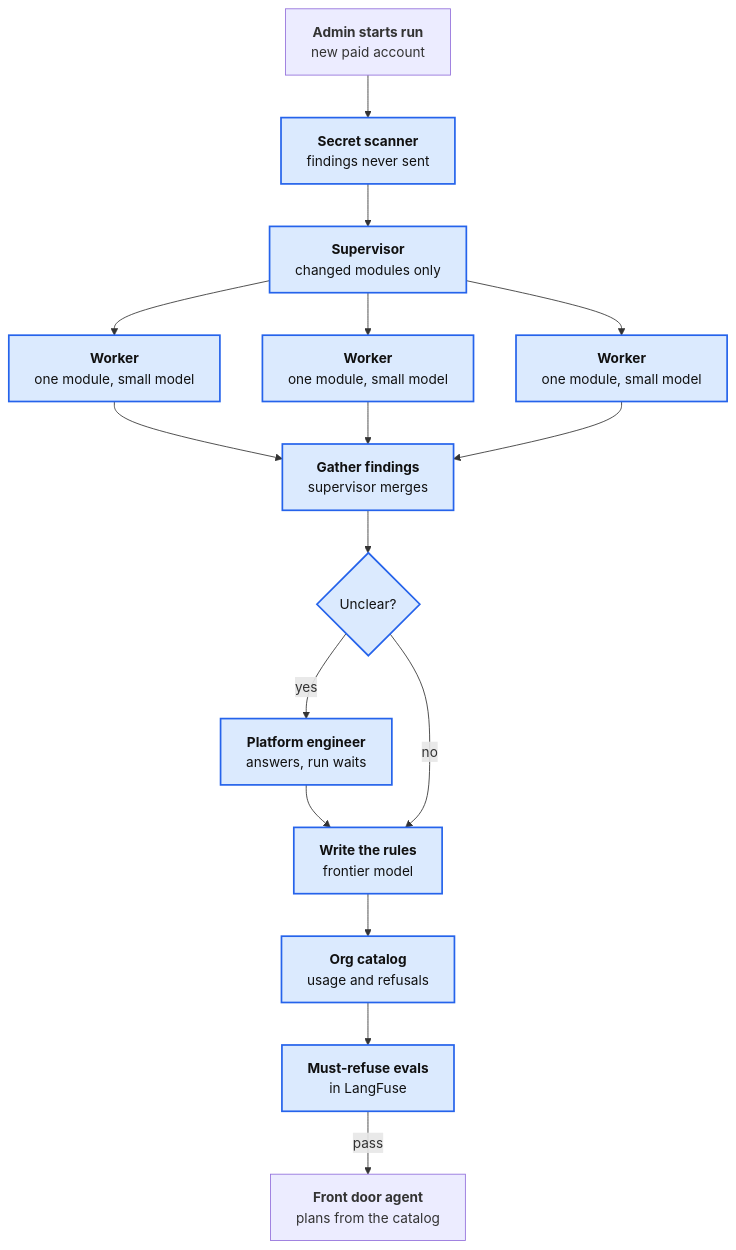
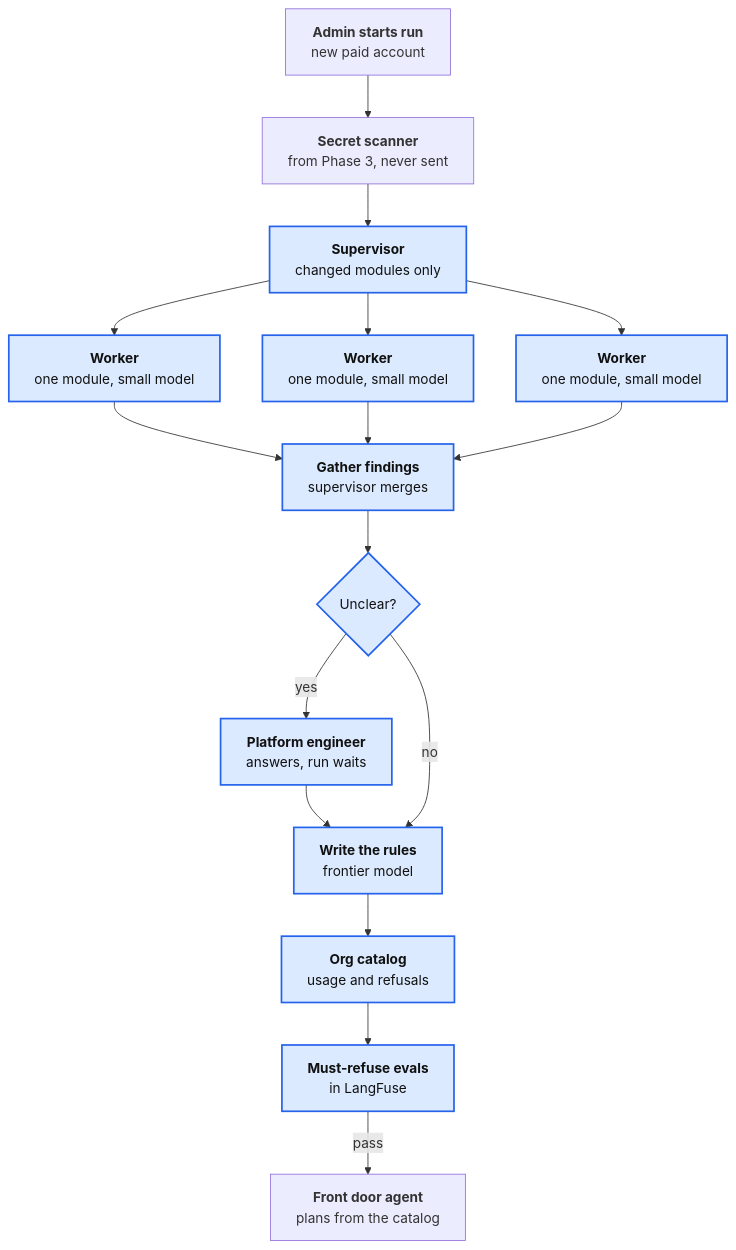
Before and after one commit to GregKliewer/sealeye: the sixth of 11 diagrams in docs/BUILD-OUT.md, drawn with Mermaid. The commit also changed other lines of this file and 4 other files, not shown here.

First line of the commit message:
Bring the secret scanner forward to Phase 3 (answers Q6)

````diff
--- a/docs/BUILD-OUT.md
+++ b/docs/BUILD-OUT.md
@@ -186,20 +189,20 @@
 ```mermaid
 flowchart TB
-  start["<b>Admin starts run</b><br/>new paid account"] --> scan["<b>Secret scanner</b><br/>findings never sent"]
+  start["<b>Admin starts run</b><br/>new paid account"] --> scan["<b>Secret scanner</b><br/>from Phase 3, never sent"]
   scan --> sup["<b>Supervisor</b><br/>changed modules only"]
   sup --> w1["<b>Worker</b><br/>one module, small model"]
   sup --> w2["<b>Worker</b><br/>one module, small model"]
   sup --> w3["<b>Worker</b><br/>one module, small model"]
   w1 --> gather["<b>Gather findings</b><br/>supervisor merges"]
   w2 --> gather
   w3 --> gather
   gather --> unclear{"Unclear?"}
   unclear -- yes --> person["<b>Platform engineer</b><br/>answers, run waits"]
   person --> synth
   unclear -- no --> synth["<b>Write the rules</b><br/>frontier model"]
   synth --> catalog["<b>Org catalog</b><br/>usage and refusals"]
   catalog --> evals["<b>Must-refuse evals</b><br/>in LangFuse"]
   evals -- pass --> use["<b>Front door agent</b><br/>plans from the catalog"]
   classDef new fill:#dbeafe,stroke:#2563eb,stroke-width:2px,color:#111
-  class scan,sup,w1,w2,w3,gather,unclear,person,synth,catalog,evals new
+  class sup,w1,w2,w3,gather,unclear,person,synth,catalog,evals new
 ```
````
